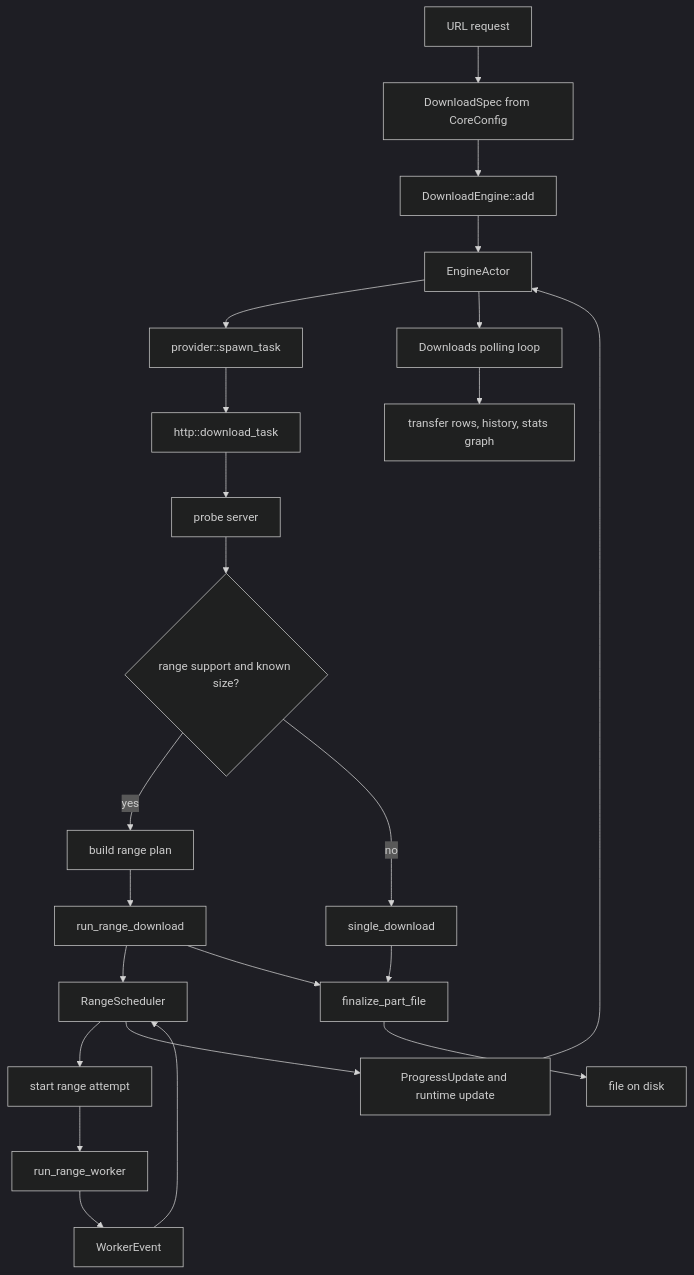
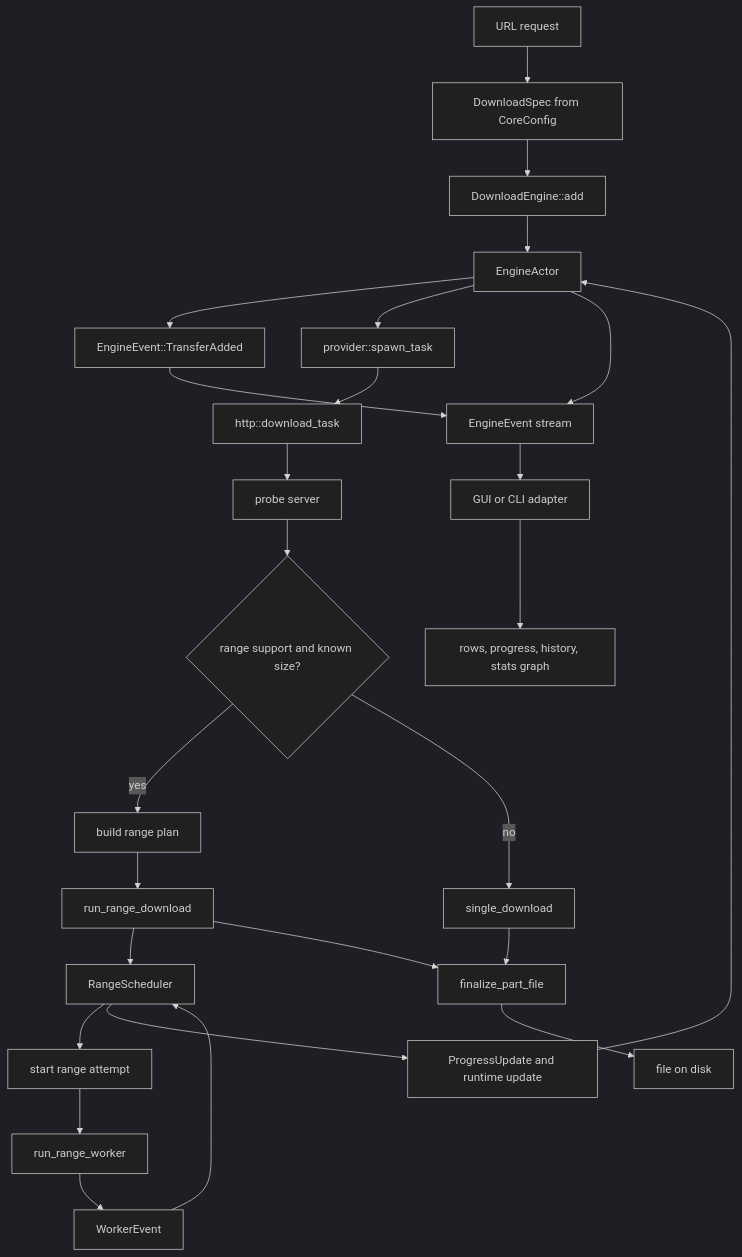
The third of 9 diagrams in docs/core-diagrams.md (ophelianz/ophelia), drawn with Mermaid (dark theme) before and after one commit. The commit also changed other lines of this file and 7 other files, not shown here.

Commit message:
fix: harden engine actor events

````diff
--- a/docs/core-diagrams.md
+++ b/docs/core-diagrams.md
@@ -38,25 +38,28 @@
 ```mermaid
 flowchart TD
   Url["URL request"] --> Spec["DownloadSpec from CoreConfig"]
   Spec --> EngineAdd["DownloadEngine::add"]
   EngineAdd --> Actor["EngineActor"]
+  Actor --> Seed["EngineEvent::TransferAdded"]
   Actor --> Provider["provider::spawn_task"]
   Provider --> Task["http::download_task"]
   Task --> Probe["probe server"]
   Probe --> RangeQuestion{"range support and known size?"}
   RangeQuestion -->|"yes"| Plan["build range plan"]
   RangeQuestion -->|"no"| Single["single_download"]
   Plan --> Runner["run_range_download"]
   Runner --> Scheduler["RangeScheduler"]
   Scheduler --> Attempt["start range attempt"]
   Attempt --> Worker["run_range_worker"]
   Worker --> Event["WorkerEvent"]
   Event --> Scheduler
   Scheduler --> Progress["ProgressUpdate and runtime update"]
   Progress --> Actor
-  Actor --> App["Downloads polling loop"]
-  App --> Rows["transfer rows, history, stats graph"]
+  Actor --> Events["EngineEvent stream"]
+  Seed --> Events
+  Events --> Frontend["GUI or CLI adapter"]
+  Frontend --> Rows["rows, progress, history, stats graph"]
   Runner --> Finalize["finalize_part_file"]
   Single --> Finalize
   Finalize --> Disk["file on disk"]
 ```
````
